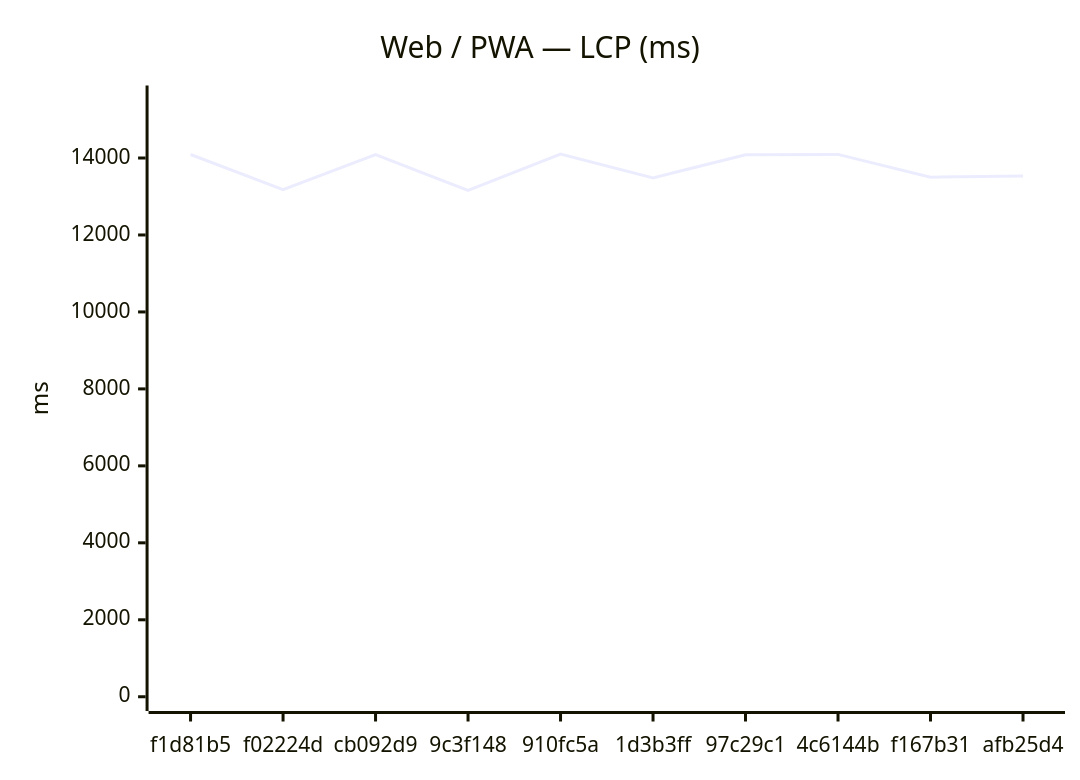
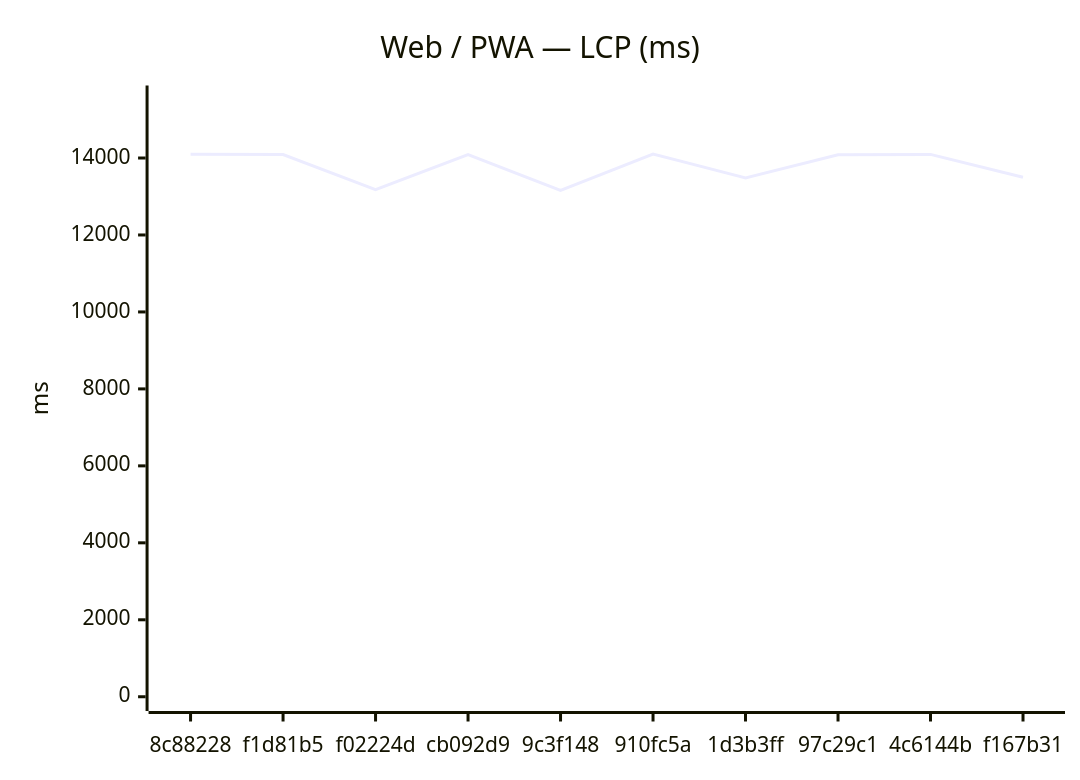
The first of 18 diagrams in benchmarks/compare.md (Metaheurist/Rianell), drawn with Mermaid before and after one commit. The commit also changed other lines of this file and 11 other files, not shown here.

````diff
--- a/benchmarks/compare.md
+++ b/benchmarks/compare.md
@@ -24,7 +24,7 @@
 ```mermaid
 xychart-beta
     title "Web / PWA — LCP (ms)"
-    x-axis ["f1d81b5", "f02224d", "cb092d9", "9c3f148", "910fc5a", "1d3b3ff", "97c29c1", "4c6144b", "f167b31", "afb25d4"]
+    x-axis ["8c88228", "f1d81b5", "f02224d", "cb092d9", "9c3f148", "910fc5a", "1d3b3ff", "97c29c1", "4c6144b", "f167b31"]
     y-axis "ms" 0 --> 15514
-    line [14091, 13178, 14089, 13157, 14103, 13484, 14084, 14094, 13501, 13531]
+    line [14099, 14091, 13178, 14089, 13157, 14103, 13484, 14084, 14094, 13501]
 ```
````
